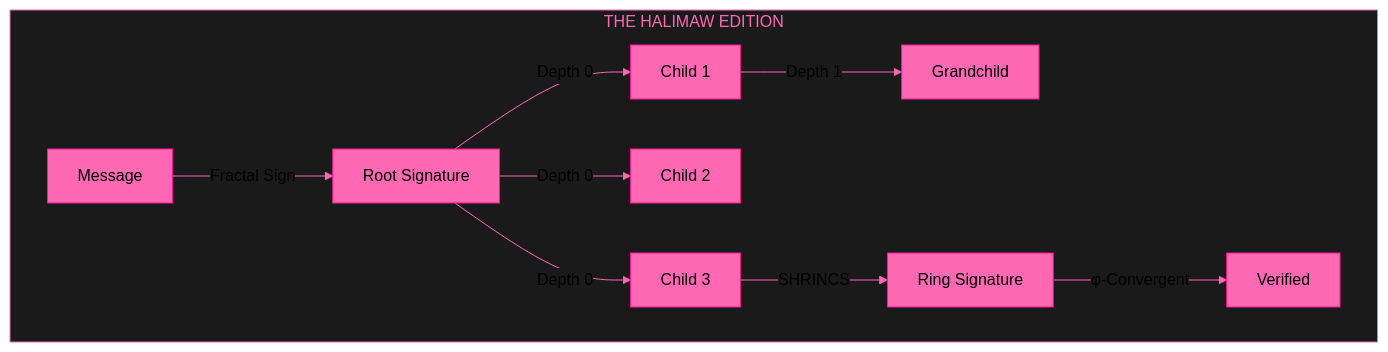
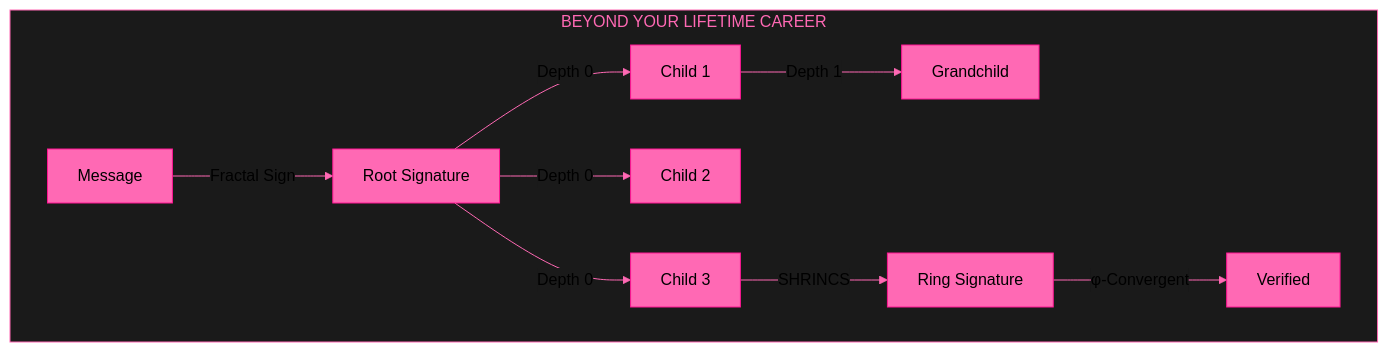
One commit to primordialomegazero/libsodium-schnorr changed the first of 2 diagrams in README.md. Above: the diagram before and after it, drawn with Mermaid. The commit also changed other lines of this file, not shown here.

Commit message:
Rename: Beyond Your Lifetime Career — dedicated to that clown maintainer

````diff
--- a/README.md
+++ b/README.md
@@ -30,22 +30,22 @@
 ```mermaid
 %%{init: {'theme': 'base', 'themeVariables': { 'primaryColor': '#ff69b4', 'primaryTextColor': '#000000', 'primaryBorderColor': '#ff1493', 'lineColor': '#ff69b4', 'tertiaryColor': '#1a1a1a', 'background': '#1a1a1a', 'mainBkg': '#1a1a1a', 'nodeBorder': '#ff69b4', 'clusterBkg': '#1a1a1a', 'clusterBorder': '#ff69b4', 'titleColor': '#ff69b4', 'edgeLabelBackground': '#1a1a1a', 'nodeTextColor': '#000000'}}}%%
 graph TB
-    subgraph "THE HALIMAW EDITION"
+    subgraph "BEYOND YOUR LIFETIME CAREER"
         A[Message] -->|Fractal Sign| B[Root Signature]
         B -->|Depth 0| C[Child 1]
         B -->|Depth 0| D[Child 2]
         B -->|Depth 0| E[Child 3]
         C -->|Depth 1| F[Grandchild]
         E -->|SHRINCS| G[Ring Signature]
         G -->|φ-Convergent| H[Verified]
     end
     
     style A fill:#ff69b4,stroke:#ff1493,color:#000000
     style B fill:#ff69b4,stroke:#ff1493,color:#000000
     style C fill:#ff69b4,stroke:#ff1493,color:#000000
     style D fill:#ff69b4,stroke:#ff1493,color:#000000
     style E fill:#ff69b4,stroke:#ff1493,color:#000000
     style F fill:#ff69b4,stroke:#ff1493,color:#000000
     style G fill:#ff69b4,stroke:#ff1493,color:#000000
     style H fill:#ff69b4,stroke:#ff1493,color:#000000
 ```
````
